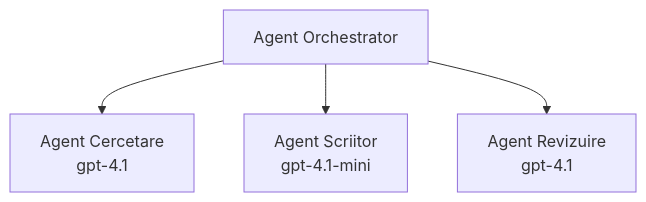
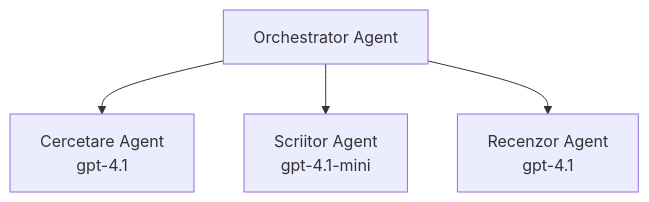
One commit to microsoft/AZD-for-beginners changed the third of 3 diagrams in translations/ro/docs/chapter-02-ai-development/agents.md. Above: the diagram before and after it, drawn with Mermaid. The commit also changed other lines of this file and 101 other files, not shown here.

````diff
--- a/translations/ro/docs/chapter-02-ai-development/agents.md
+++ b/translations/ro/docs/chapter-02-ai-development/agents.md
@@ -189,6 +194,6 @@
 ```mermaid
 graph TD
-    Orchestrator[Agent Orchestrator] --> Research[Agent Cercetare<br/>gpt-4.1]
-    Orchestrator --> Writer[Agent Scriitor<br/>gpt-4.1-mini]
-    Orchestrator --> Reviewer[Agent Revizuire<br/>gpt-4.1]
+    Orchestrator[Orchestrator Agent] --> Research[Cercetare Agent<br/>gpt-4.1]
+    Orchestrator --> Writer[Scriitor Agent<br/>gpt-4.1-mini]
+    Orchestrator --> Reviewer[Recenzor Agent<br/>gpt-4.1]
 ```
````
